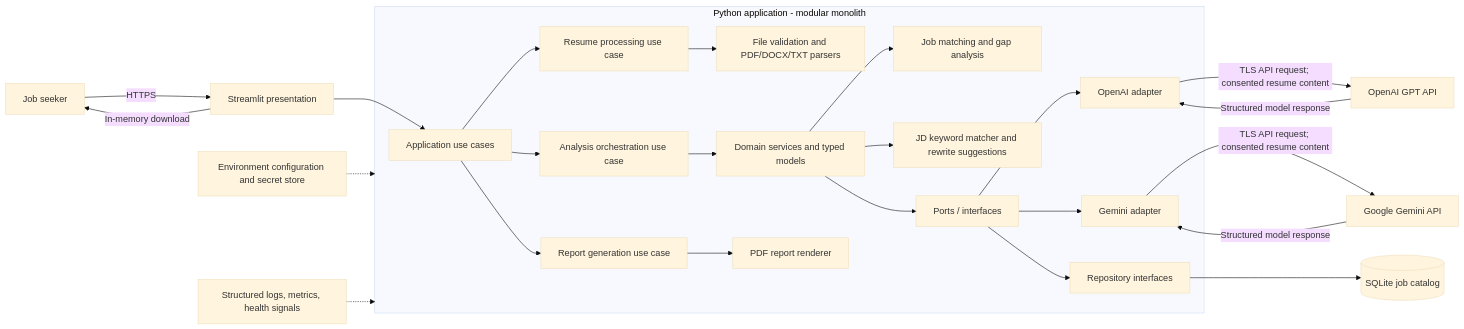
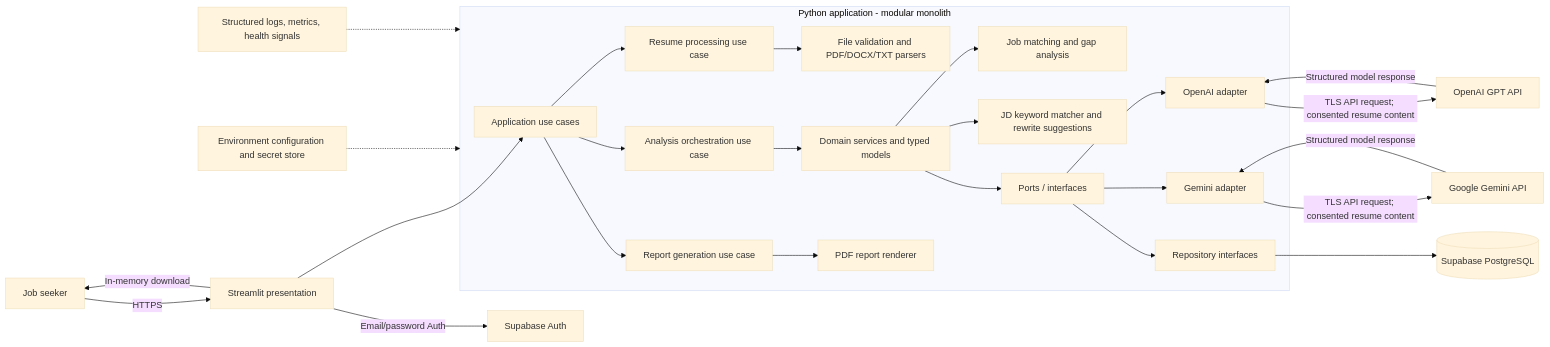
The first of 3 diagrams in SOFTWARE_ARCH.md (Soubhagyakulkarni/Resume_Analyser), drawn with Mermaid (base theme) before and after one commit. The commit also changed other lines of this file and 49 other files, not shown here.

````diff
--- a/SOFTWARE_ARCH.md
+++ b/SOFTWARE_ARCH.md
@@ -23,30 +23,31 @@
 ```mermaid
 flowchart LR
     U[Job seeker] -->|HTTPS| UI[Streamlit presentation]
     UI --> UC[Application use cases]
 
     subgraph App[Python application - modular monolith]
         UC --> UP[Resume processing use case]
         UC --> UA[Analysis orchestration use case]
         UC --> UR[Report generation use case]
         UP --> PARSE[File validation and PDF/DOCX/TXT parsers]
         UA --> DOMAIN[Domain services and typed models]
         DOMAIN --> MATCH[Job matching and gap analysis]
         DOMAIN --> JDMATCH[JD keyword matcher and rewrite suggestions]
         DOMAIN --> PORTS[Ports / interfaces]
         PORTS --> OPENAI[OpenAI adapter]
         PORTS --> GEMINI[Gemini adapter]
         PORTS --> REPO[Repository interfaces]
         UR --> REPORT[PDF report renderer]
     end
 
-    REPO --> DB[(SQLite job catalog)]
+    REPO --> DB[(Supabase PostgreSQL)]
+    UI -->|Email/password Auth| AUTH[Supabase Auth]
     OPENAI -->|TLS API request; consented resume content| GPT[OpenAI GPT API]
     GPT -->|Structured model response| OPENAI
     GEMINI -->|TLS API request; consented resume content| GOOGLE[Google Gemini API]
     GOOGLE -->|Structured model response| GEMINI
 
     UI -->|In-memory download| U
     CFG[Environment configuration and secret store] -.-> App
     OBS[Structured logs, metrics, health signals] -.-> App
 ```
````
